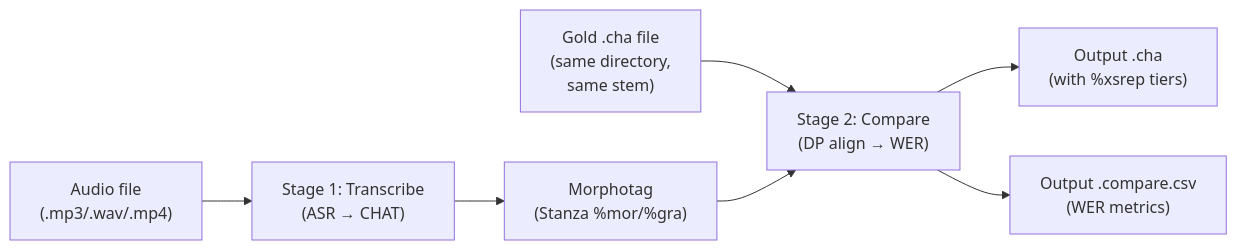
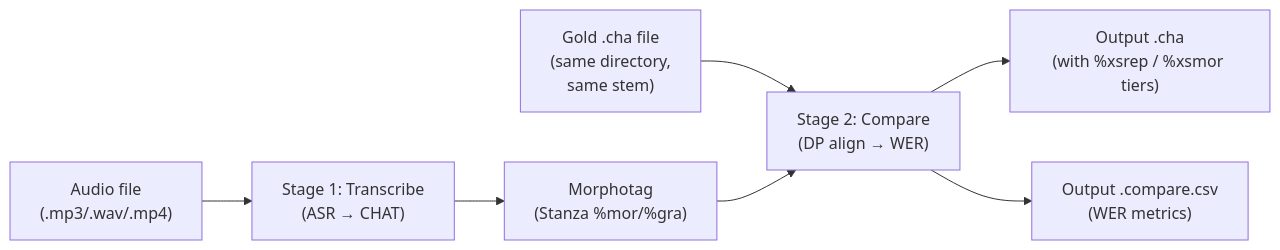
The diagram in book/src/reference/benchmarks.md (TalkBank/batchalign3), drawn with Mermaid before and after one commit. The commit also changed other lines of this file and 193 other files, not shown here.

First line of the commit message:
Rework command architecture and fix worker lifecycle

````diff
--- a/book/src/reference/benchmarks.md
+++ b/book/src/reference/benchmarks.md
@@ -32,9 +32,9 @@
 ```mermaid
 flowchart LR
     audio["Audio file\n(.mp3/.wav/.mp4)"] --> transcribe["Stage 1: Transcribe\n(ASR → CHAT)"]
     gold["Gold .cha file\n(same directory,\nsame stem)"] --> compare
     transcribe --> morphotag["Morphotag\n(Stanza %mor/%gra)"]
     morphotag --> compare["Stage 2: Compare\n(DP align → WER)"]
-    compare --> output_cha["Output .cha\n(with %xsrep tiers)"]
+    compare --> output_cha["Output .cha\n(with %xsrep / %xsmor tiers)"]
     compare --> output_csv["Output .compare.csv\n(WER metrics)"]
 ```
````
